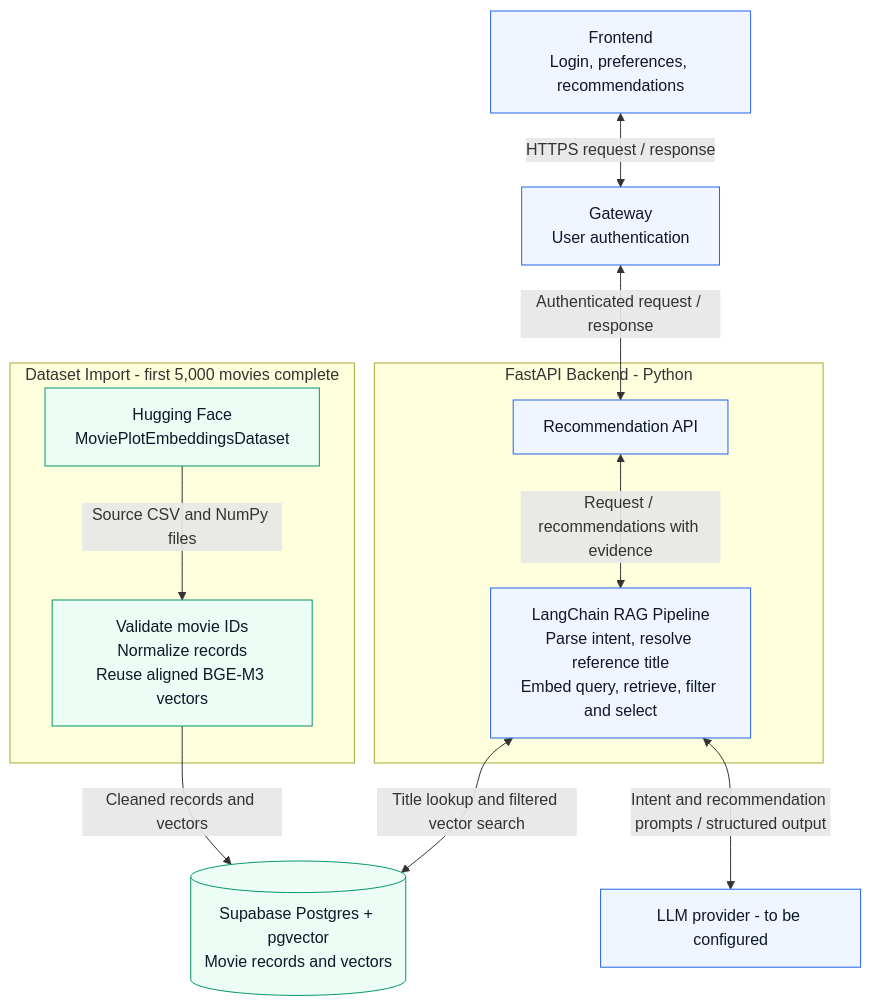
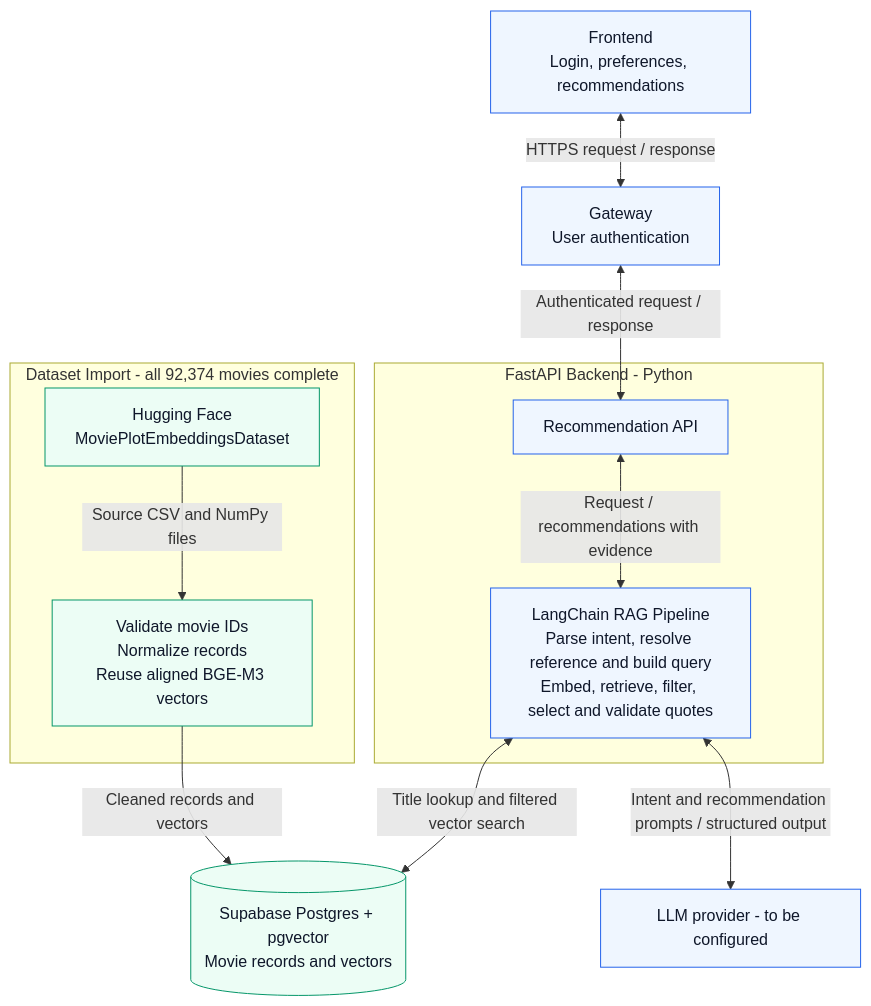
The diagram in figures/system-architecture.mmd (Ed1sonL1-byte/v-me-50), drawn with Mermaid before and after one commit. The commit also changed 40 other files, not shown here.

```diff
--- a/figures/system-architecture.mmd
+++ b/figures/system-architecture.mmd
@@ -1,24 +1,24 @@
 flowchart TB
     frontend["Frontend<br/>Login, preferences, recommendations"]
     gateway["Gateway<br/>User authentication"]
     subgraph backend["FastAPI Backend - Python"]
         api["Recommendation API"]
-        chain["LangChain RAG Pipeline<br/>Parse intent, resolve reference title<br/>Embed query, retrieve, filter and select"]
+        chain["LangChain RAG Pipeline<br/>Parse intent, resolve reference and build query<br/>Embed, retrieve, filter, select and validate quotes"]
         api <-->|Request / recommendations with evidence| chain
     end
     frontend <-->|HTTPS request / response| gateway
     gateway <-->|Authenticated request / response| api
     chain <-->|Title lookup and filtered vector search| postgres[("Supabase Postgres + pgvector<br/>Movie records and vectors")]
     chain <-->|Intent and recommendation prompts / structured output| llm["LLM provider - to be configured"]
 
-    subgraph ingestion["Dataset Import - first 5,000 movies complete"]
+    subgraph ingestion["Dataset Import - all 92,374 movies complete"]
         dataset["Hugging Face<br/>MoviePlotEmbeddingsDataset"]
         clean["Validate movie IDs<br/>Normalize records<br/>Reuse aligned BGE-M3 vectors"]
         dataset -->|Source CSV and NumPy files| clean
     end
     clean -->|Cleaned records and vectors| postgres
 
     classDef service fill:#eff6ff,stroke:#2563eb,color:#0f172a
     classDef data fill:#ecfdf5,stroke:#059669,color:#0f172a
     class frontend,gateway,api,chain,llm service
     class postgres,dataset,clean data
```
